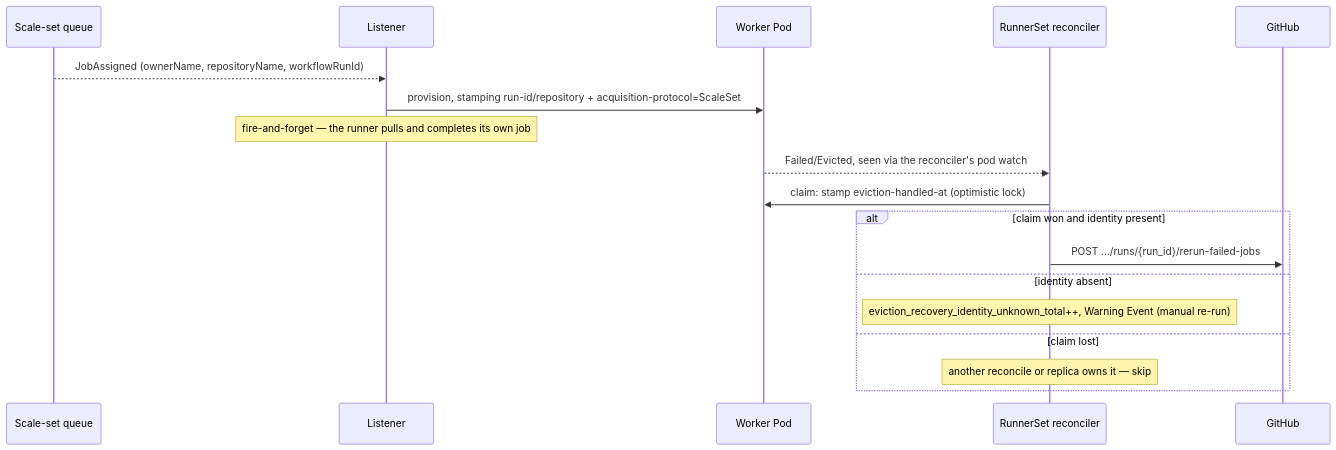
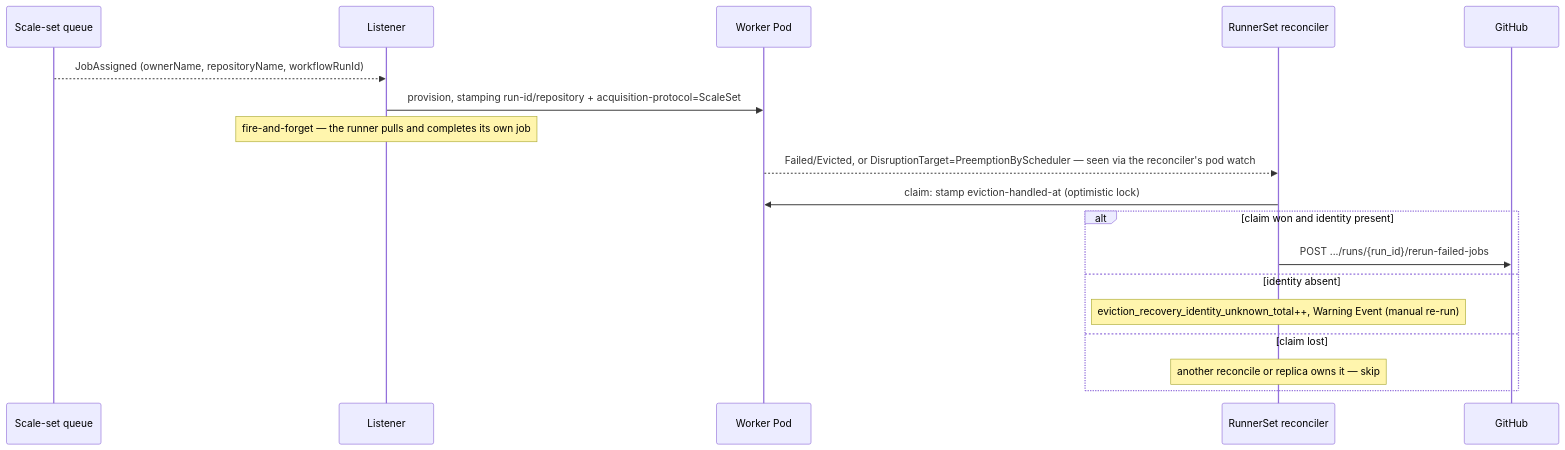
The seventh of 9 diagrams in docs/design/04-operational-flows.md (actions-gateway/github-actions-gateway), drawn with Mermaid before and after one commit. The commit also changed other lines of this file and 31 other files, not shown here.

````diff
--- a/docs/design/04-operational-flows.md
+++ b/docs/design/04-operational-flows.md
@@ -254,20 +259,20 @@
 ```mermaid
 sequenceDiagram
     participant Q as Scale-set queue
     participant L as Listener
     participant P as Worker Pod
     participant R as RunnerSet reconciler
     participant GH as GitHub
     Q-->>L: JobAssigned (ownerName, repositoryName, workflowRunId)
     L->>P: provision, stamping run-id/repository + acquisition-protocol=ScaleSet
     Note over L: fire-and-forget — the runner pulls and completes its own job
-    P-->>R: Failed/Evicted, seen via the reconciler's pod watch
+    P-->>R: Failed/Evicted, or DisruptionTarget=PreemptionByScheduler — seen via the reconciler's pod watch
     R->>P: claim: stamp eviction-handled-at (optimistic lock)
     alt claim won and identity present
         R->>GH: POST .../runs/{run_id}/rerun-failed-jobs
     else identity absent
         Note over R: eviction_recovery_identity_unknown_total++, Warning Event (manual re-run)
     else claim lost
         Note over R: another reconcile or replica owns it — skip
     end
 ```
````
